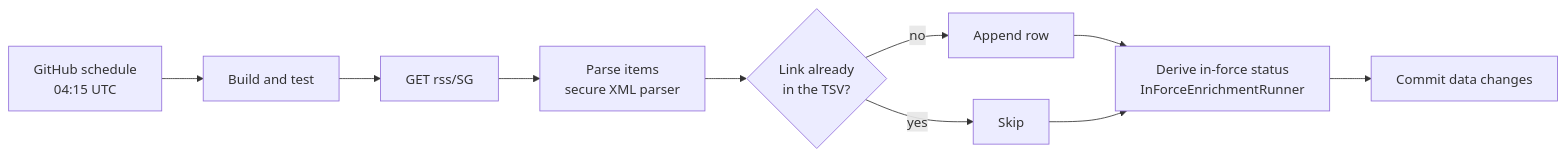
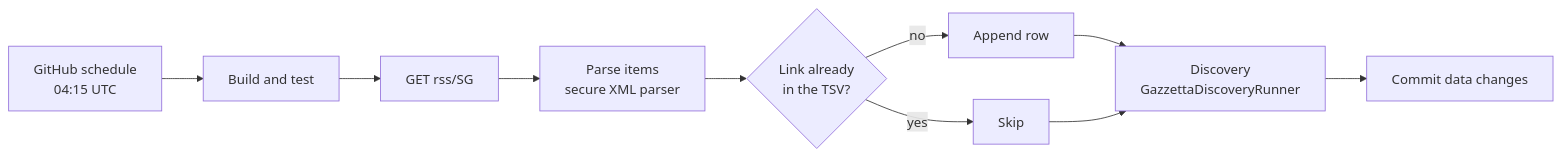
One commit to arvind088/Crawlar-gazzettaufficial changed the third of 3 diagrams in docs/API.md. Above: the diagram before and after it, drawn with Mermaid. The commit also changed other lines of this file and 33 other files, not shown here.

````diff
--- a/docs/API.md
+++ b/docs/API.md
@@ -159,12 +159,12 @@
 ```mermaid
 flowchart LR
     T[GitHub schedule<br/>04:15 UTC] --> B[Build and test]
     B --> R[GET rss/SG]
     R --> X[Parse items<br/>secure XML parser]
     X --> D{Link already<br/>in the TSV?}
     D -->|no| AP[Append row]
     D -->|yes| SK[Skip]
-    AP --> IF[Derive in-force status<br/>InForceEnrichmentRunner]
-    SK --> IF
-    IF --> CM[Commit data changes]
+    AP --> DS[Discovery<br/>GazzettaDiscoveryRunner]
+    SK --> DS
+    DS --> CM[Commit data changes]
 ```
````
